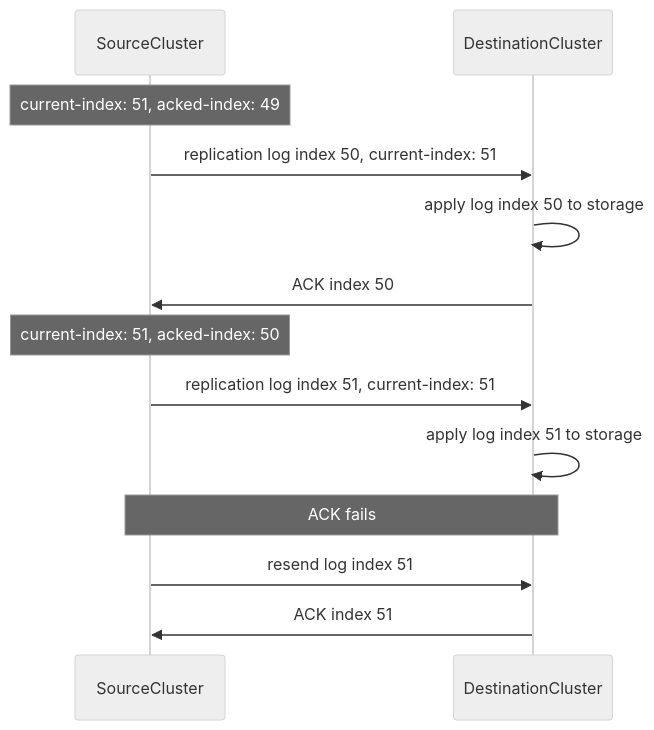
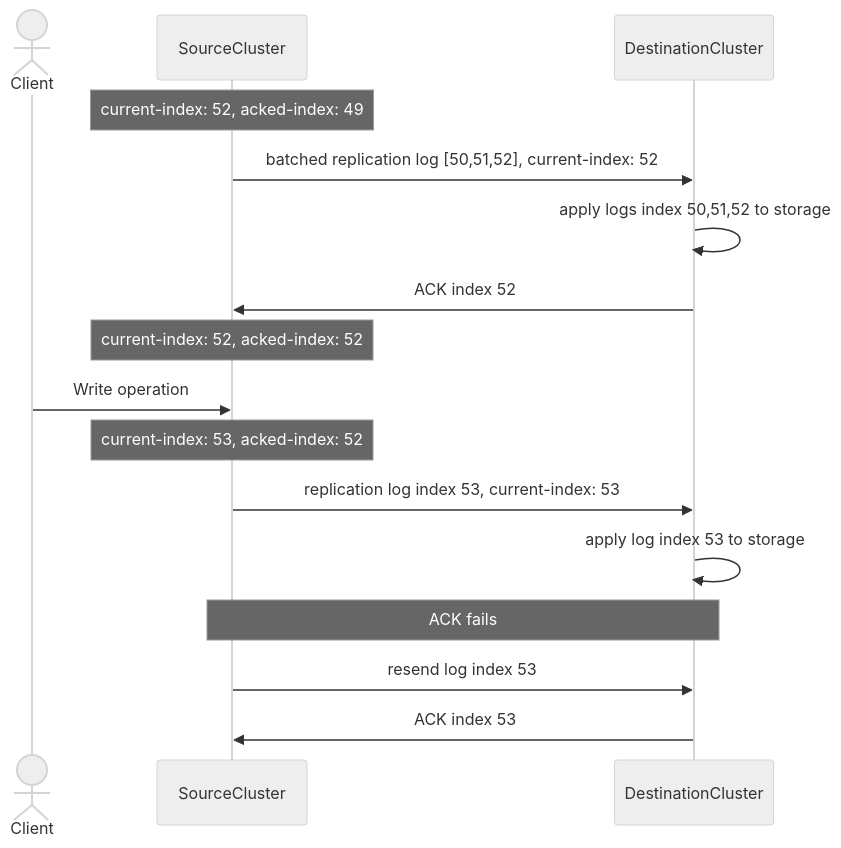
Before and after one commit to openbao/openbao: the fifth of 7 diagrams in website/content/community/rfcs/namespace-replication.mdx, drawn with Mermaid (neutral theme). The commit also changed other lines of this file, not shown here.

````diff
--- a/website/content/community/rfcs/namespace-replication.mdx
+++ b/website/content/community/rfcs/namespace-replication.mdx
@@ -385,16 +449,19 @@
 ```mermaid
 sequenceDiagram
+actor C as Client
 participant S as SourceCluster
 participant D as DestinationCluster
 
-note over S: current-index: 51, acked-index: 49
-S ->> D: replication log index 50, current-index: 51
-D ->> D: apply log index 50 to storage
-D ->> S: ACK index 50
-note over S: current-index: 51, acked-index: 50
-S ->> D: replication log index 51, current-index: 51
-D ->> D: apply log index 51 to storage
+note over S: current-index: 52, acked-index: 49
+S ->> D: batched replication log [50,51,52], current-index: 52
+D ->> D: apply logs index 50,51,52 to storage
+D ->> S: ACK index 52
+note over S: current-index: 52, acked-index: 52
+C ->> S: Write operation
+note over S: current-index: 53, acked-index: 52
+S ->> D: replication log index 53, current-index: 53
+D ->> D: apply log index 53 to storage
 note over S,D: ACK fails
-S ->> D: resend log index 51
-D ->> S: ACK index 51
+S ->> D: resend log index 53
+D ->> S: ACK index 53
 ```
````
